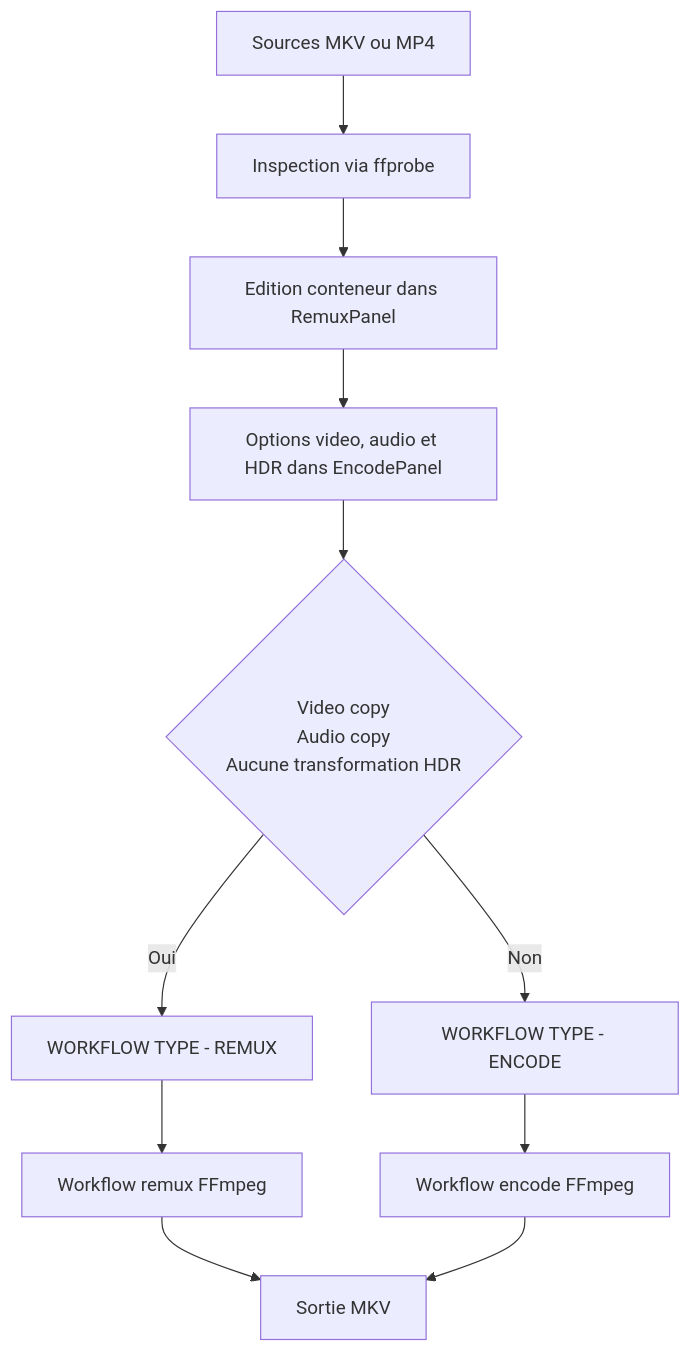
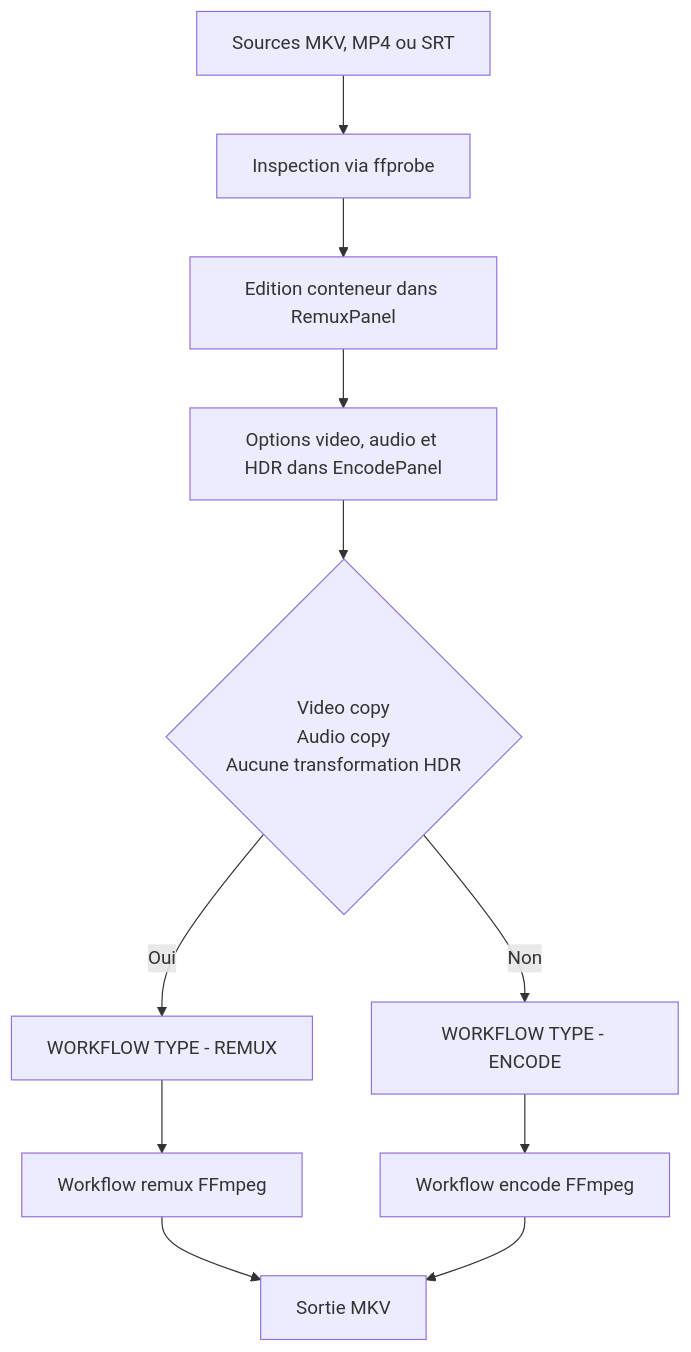
One commit to Hydro74000/muxiveo changed the first of 5 diagrams in README.md. Above: the diagram before and after it, drawn with Mermaid. The commit also changed other lines of this file and 1 other file, not shown here.

Commit message:
upd version & readme (srt integration)

````diff
--- a/README.md
+++ b/README.md
@@ -365,15 +367,15 @@
 ```mermaid
 flowchart TD
-    A["Sources MKV ou MP4"] --> B["Inspection via ffprobe"]
+    A["Sources MKV, MP4 ou SRT"] --> B["Inspection via ffprobe"]
     B --> C["Edition conteneur dans RemuxPanel"]
     C --> D["Options video, audio et HDR dans EncodePanel"]
     D --> E{"Video copy\nAudio copy\nAucune transformation HDR"}
 
     E -->|Oui| R0["WORKFLOW TYPE - REMUX"]
     R0 --> R1["Workflow remux FFmpeg"]
     R1 --> Z["Sortie MKV"]
 
     E -->|Non| E0["WORKFLOW TYPE - ENCODE"]
     E0 --> E1["Workflow encode FFmpeg"]
     E1 --> Z
 ```
````
